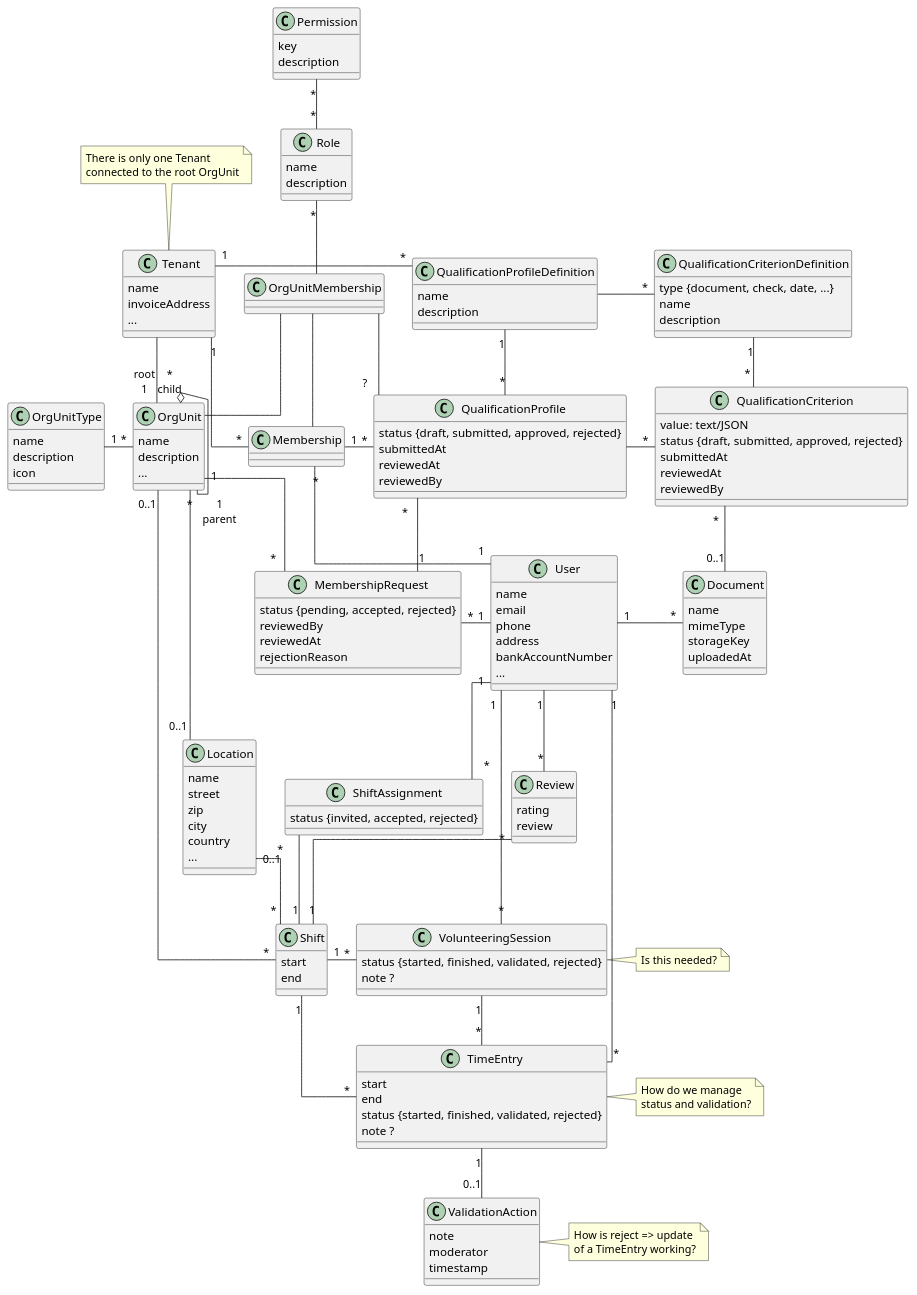
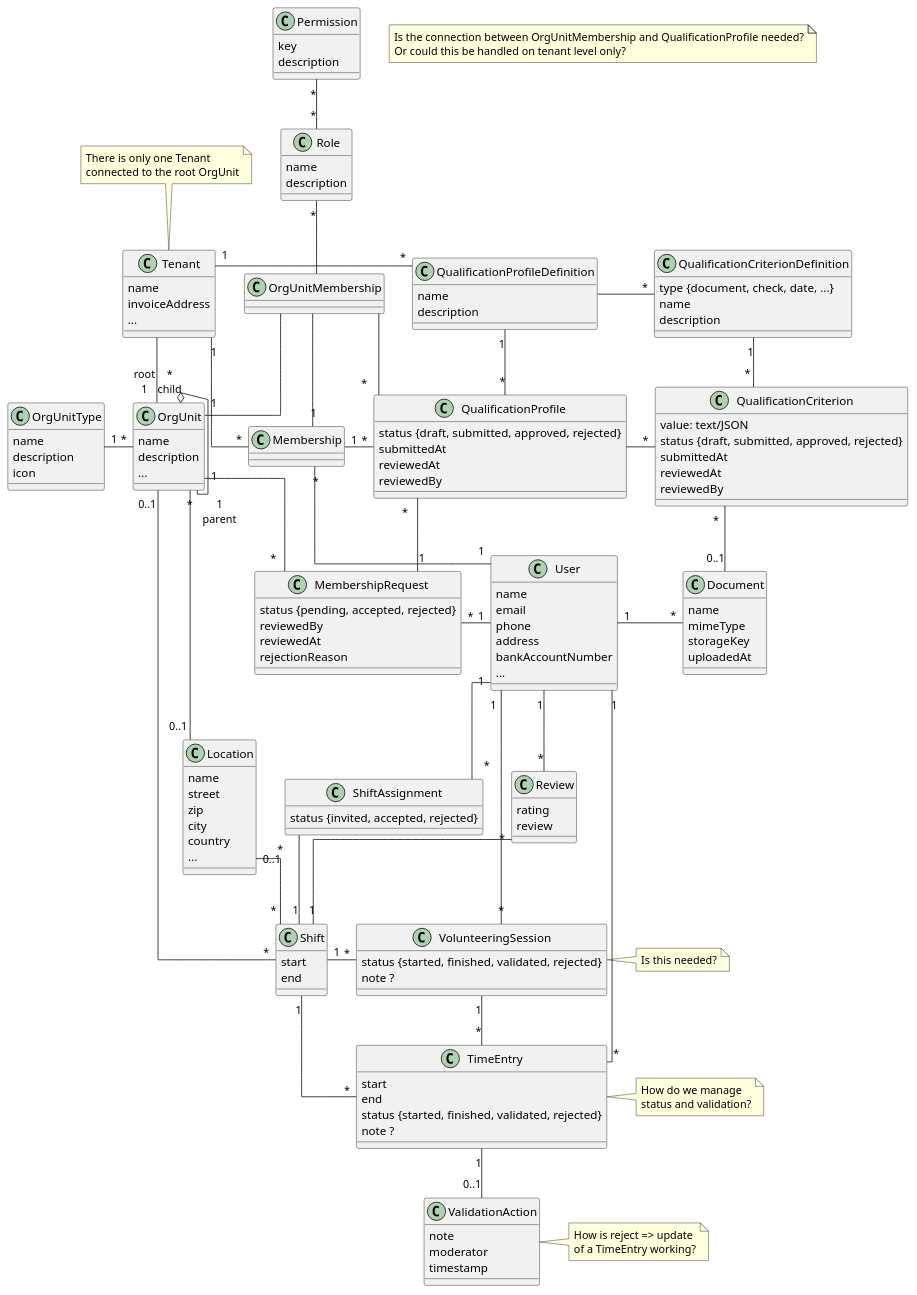
One commit to holi-social/caluno changed the diagram in models/model_with_OrgUnitMembership.plantuml. Above: the diagram before and after it, drawn with PlantUML.

Commit message:
model: improve OrgUnitMember draft

```diff
--- a/models/model_with_OrgUnitMembership.plantuml
+++ b/models/model_with_OrgUnitMembership.plantuml
@@ -1,155 +1,156 @@
 @startuml clippy
 skinparam linetype ortho
 class Tenant {
     name
     invoiceAddress
     ...
 }
 note top: There is only one Tenant\nconnected to the root OrgUnit
 class OrgUnit {
     name
     description
     ...
 }
 class OrgUnitType {
     name
     description
     icon
 }
 class Location {
     name
     street
     zip
     city
     country
     ...
 }
 class User {
     name
     email
     phone
     address
     bankAccountNumber
     ...
 }
 class Shift {
     start
     end
 }
 class TimeEntry {
     start
     end
     status {started, finished, validated, rejected}
     note ?
 }
 note right: How do we manage\nstatus and validation?
 class Membership {
 }
 class Role {
     name
     description
 }
 class Permission {
     key
     description
 }
 class MembershipRequest {
     status {pending, accepted, rejected}
     reviewedBy
     reviewedAt
     rejectionReason
 }
 class ShiftAssignment {
     status {invited, accepted, rejected}
 }
 class Review {
     rating
     review
 }
 class VolunteeringSession {
     status {started, finished, validated, rejected}
     note ?
 }
 note right: Is this needed?
 class ValidationAction {
     note
     moderator
     timestamp
 }
 note right: How is reject => update\nof a TimeEntry working?
 
 class QualificationProfileDefinition {
     name
     description
 }
 class QualificationCriterionDefinition {
     type {document, check, date, ...}
     name
     description
 }
 class QualificationProfile {
     status {draft, submitted, approved, rejected}
     submittedAt
     reviewedAt
     reviewedBy
 }
 class QualificationCriterion {
     value: text/JSON
     status {draft, submitted, approved, rejected}
     submittedAt
     reviewedAt
     reviewedBy
 }
 class Document {
     name
     mimeType
     storageKey
     uploadedAt
 }
 
 Tenant -- "root\n1" OrgUnit
 OrgUnit "*" -left- "1" OrgUnitType
 OrgUnit "*\nchild" o-- "1\nparent" OrgUnit
 OrgUnit "0..1" -- "*" Shift
 Tenant "1" -- "*" Membership
 Membership "*" -- "1" User
 
-OrgUnitMembership -- OrgUnit
-OrgUnitMembership -- Membership
+OrgUnitMembership -- "1" OrgUnit
+OrgUnitMembership -- "1" Membership
 OrgUnitMembership -up- "*" Role
-OrgUnitMembership -- "?" QualificationProfile
+OrgUnitMembership -- "*" QualificationProfile
+note "Is the connection between OrgUnitMembership and QualificationProfile needed?\nOr could this be handled on tenant level only?" as needed
 
 OrgUnit "1" -down- "*" MembershipRequest
 MembershipRequest "*" -right- "1" User
 
 Location "0..1" -up- "*" OrgUnit
 Location "0..1" -right- "*" Shift
 
 Permission "*" -- "*" Role
 
 Tenant "1" -right- "*" QualificationProfileDefinition
 QualificationProfileDefinition -right- "*" QualificationCriterionDefinition
 
 User "1" -right- "*" Document
 QualificationCriterion "*" -down- "0..1" Document
 Membership "1" -right- "*" QualificationProfile
 QualificationProfile -right- "*" QualificationCriterion
 MembershipRequest "1" -left- "*" QualificationProfile
 
 QualificationProfile "*" -up- "1" QualificationProfileDefinition
 QualificationCriterion "*" -up- "1" QualificationCriterionDefinition
 
 ShiftAssignment "*" -up- "1" User
 Shift "1" -up- "*" ShiftAssignment
 Review "*" -up- "1" User
 Shift "1" -up- "*" Review
 TimeEntry "*" -up- "1" User
 TimeEntry "*" -- "1" Shift
 VolunteeringSession "*" -up- "1" User
 VolunteeringSession "*" -left- "1" Shift
 VolunteeringSession "1" -- "*" TimeEntry
 TimeEntry "1" -- "0..1" ValidationAction
 
 ' only for layouting purposes
 
 @enduml
```
